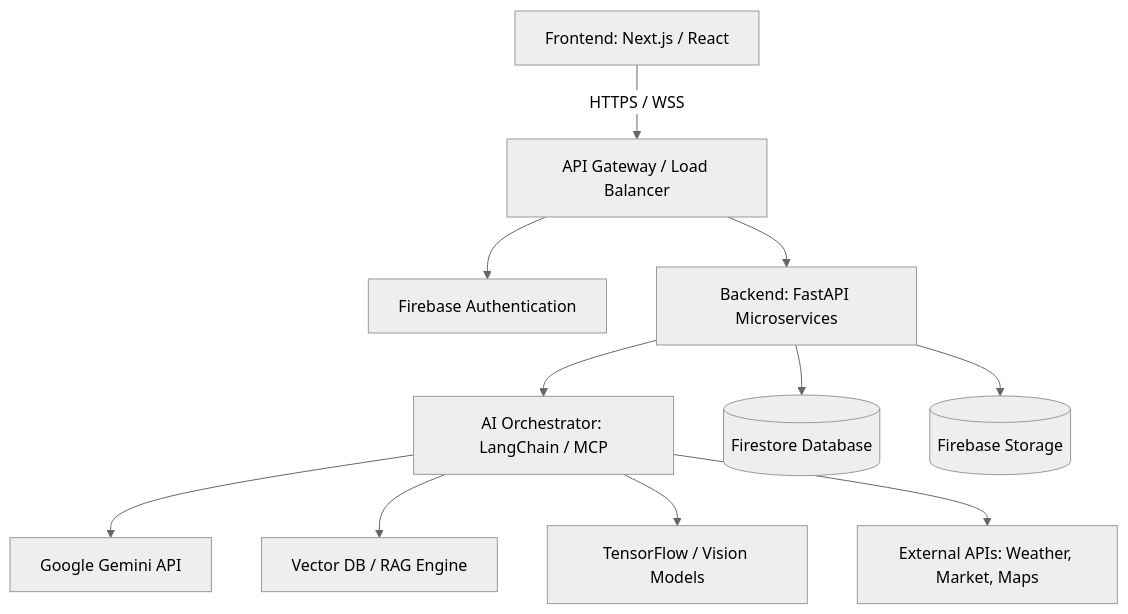
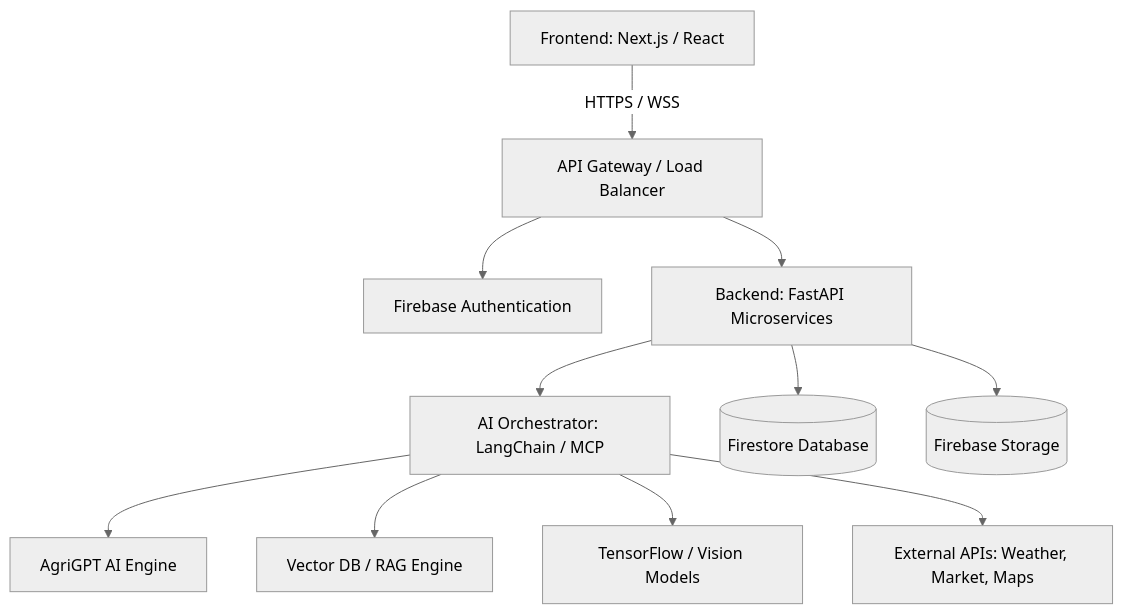
One commit to solutiondevelopers/AgriGPT changed the diagram in ARCHITECTURE.md. Above: the diagram before and after it, drawn with Mermaid (neutral theme). The commit also changed other lines of this file and 10 other files, not shown here.

````diff
--- a/ARCHITECTURE.md
+++ b/ARCHITECTURE.md
@@ -5,16 +5,16 @@
 ```mermaid
 graph TD
     Client[Frontend: Next.js / React] -->|HTTPS / WSS| Gateway[API Gateway / Load Balancer]
     Gateway --> Auth[Firebase Authentication]
     Gateway --> FastAPI[Backend: FastAPI Microservices]
     
     FastAPI --> Agent[AI Orchestrator: LangChain / MCP]
-    Agent --> Gemini[Google Gemini API]
+    Agent --> LLM[AgriGPT AI Engine]
     Agent --> RAG[Vector DB / RAG Engine]
     Agent --> Vision[TensorFlow / Vision Models]
     
     FastAPI --> DB[(Firestore Database)]
     FastAPI --> Storage[(Firebase Storage)]
     
     Agent --> ExternalAPIs[External APIs: Weather, Market, Maps]
 ```
````
